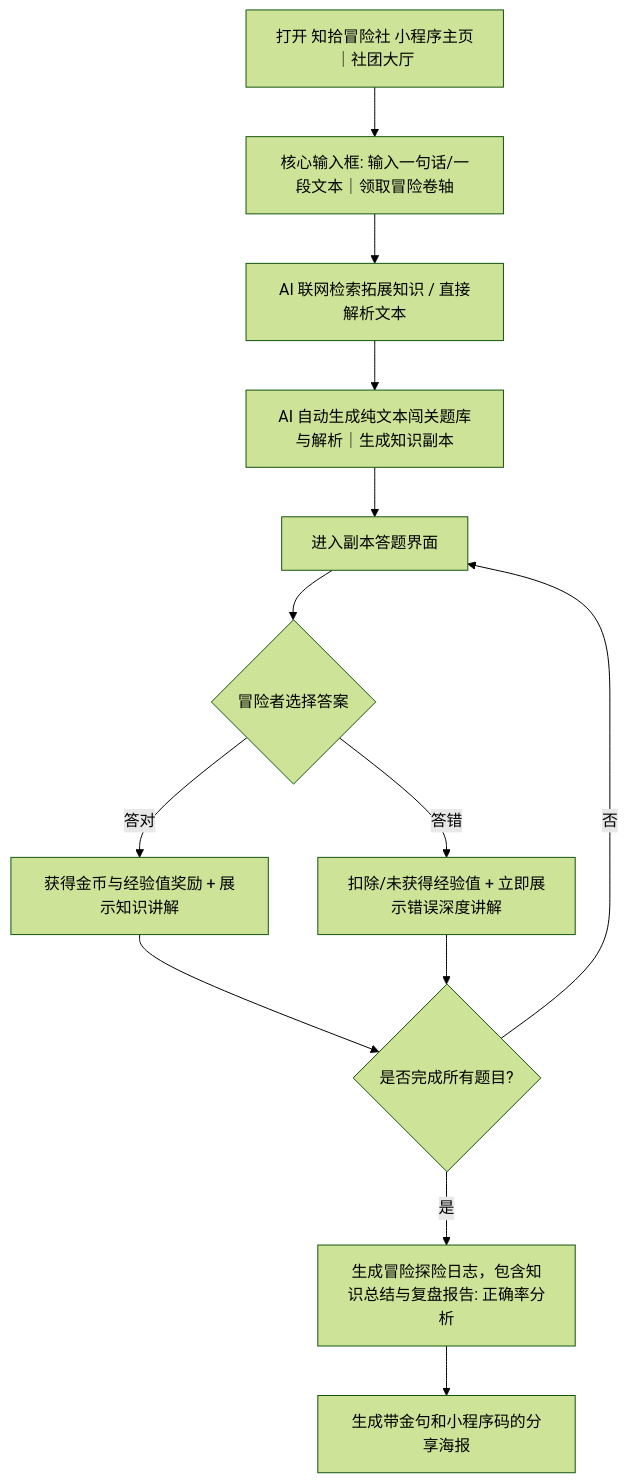
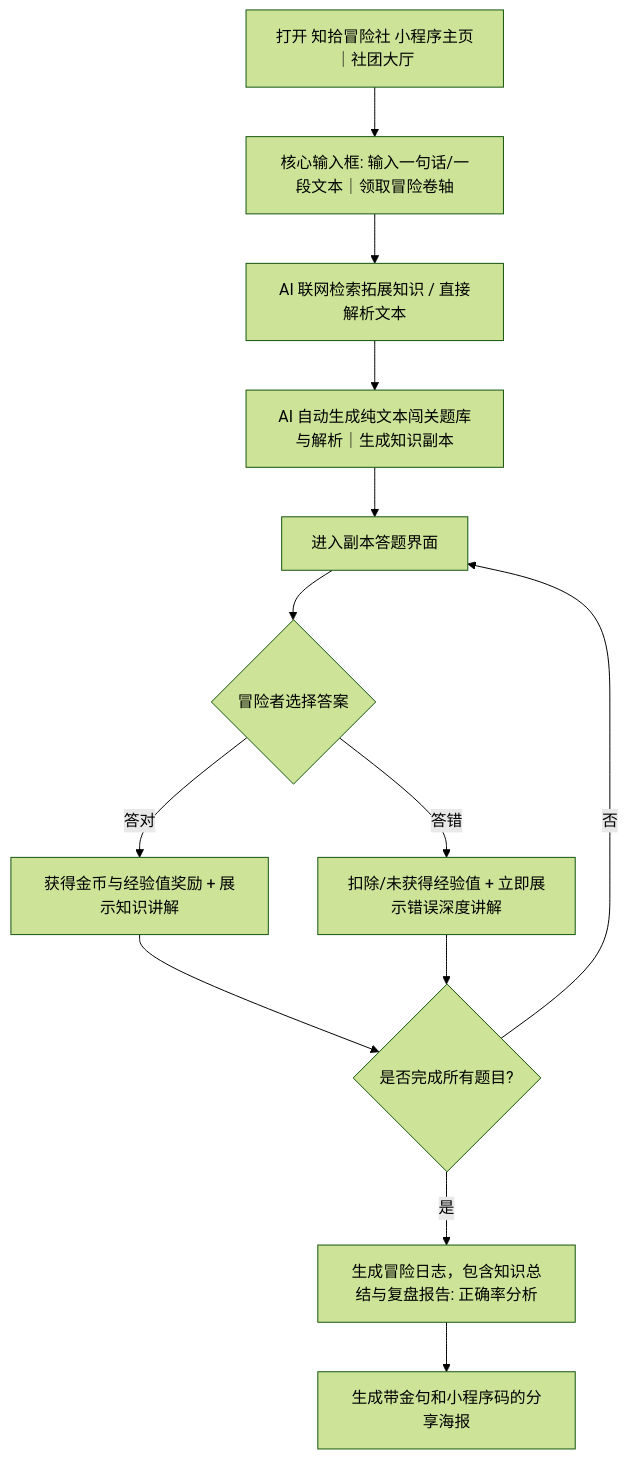
Before and after one commit to iceblyte/knowsaga-club: the diagram in docs/需求分析文档.md, drawn with Mermaid (forest theme). The commit also changed other lines of this file and 17 other files, not shown here.

````diff
--- a/docs/需求分析文档.md
+++ b/docs/需求分析文档.md
@@ -82,15 +82,15 @@
 ```mermaid
 graph TD
     A[打开 知拾冒险社 小程序主页｜社团大厅] --> B[核心输入框: 输入一句话/一段文本｜领取冒险卷轴]
     B --> C[AI 联网检索拓展知识 / 直接解析文本]
     C --> D[AI 自动生成纯文本闯关题库与解析｜生成知识副本]
     D --> E[进入副本答题界面]
     E --> F{冒险者选择答案}
     F -->|答对| G[获得金币与经验值奖励 + 展示知识讲解]
     F -->|答错| H[扣除/未获得经验值 + 立即展示错误深度讲解]
     G --> I{是否完成所有题目?}
     H --> I
     I -->|否| E
-    I -->|是| J[生成冒险探险日志，包含知识总结与复盘报告: 正确率分析]
+    I -->|是| J[生成冒险日志，包含知识总结与复盘报告: 正确率分析]
     J --> K[生成带金句和小程序码的分享海报]
 ```
````
